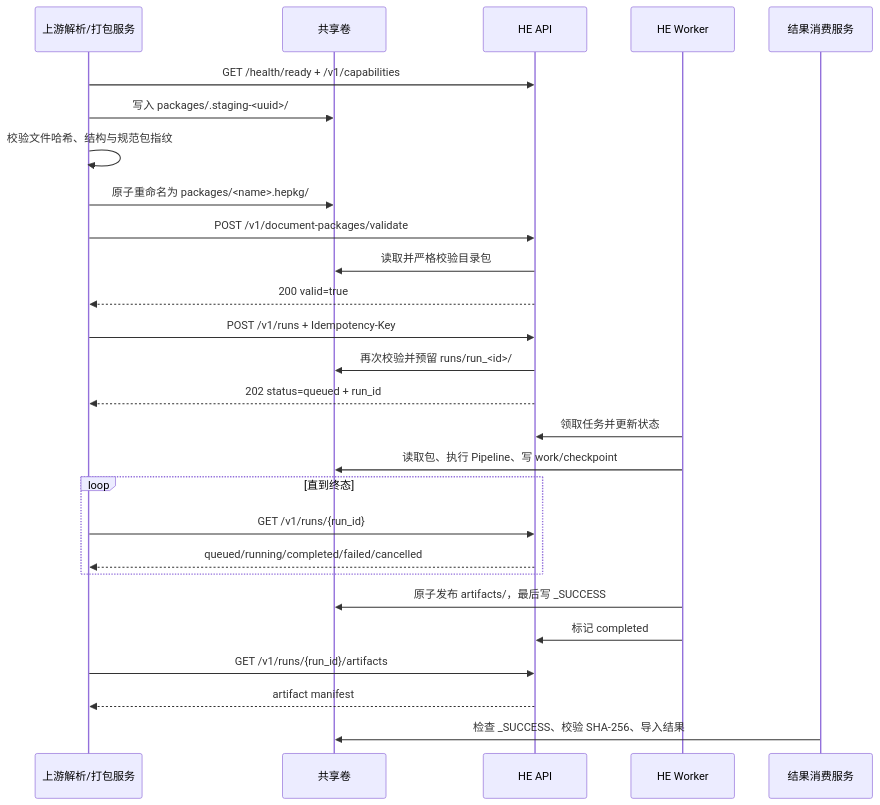
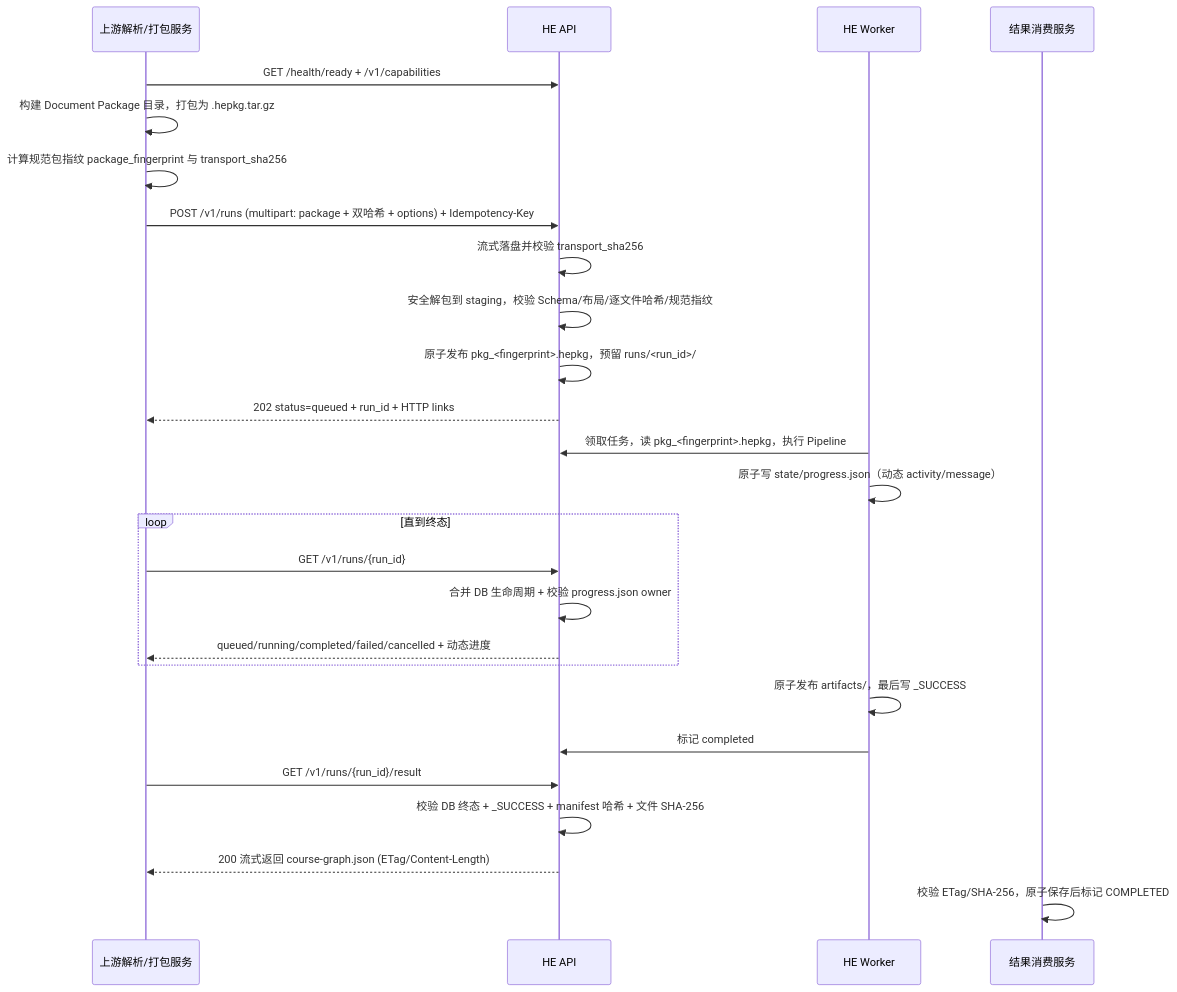
Before and after one commit to jinweijian/Hyper-Extract: the first of 2 diagrams in docs/zh/guides/internal-service.md, drawn with Mermaid. The commit also changed other lines of this file and 43 other files, not shown here.

````diff
--- a/docs/zh/guides/internal-service.md
+++ b/docs/zh/guides/internal-service.md
@@ -54,30 +59,29 @@
 ```mermaid
 sequenceDiagram
     participant P as 上游解析/打包服务
-    participant V as 共享卷
     participant A as HE API
     participant W as HE Worker
     participant C as 结果消费服务
 
     P->>A: GET /health/ready + /v1/capabilities
-    P->>V: 写入 packages/.staging-<uuid>/
-    P->>P: 校验文件哈希、结构与规范包指纹
-    P->>V: 原子重命名为 packages/<name>.hepkg/
-    P->>A: POST /v1/document-packages/validate
-    A->>V: 读取并严格校验目录包
-    A-->>P: 200 valid=true
-    P->>A: POST /v1/runs + Idempotency-Key
-    A->>V: 再次校验并预留 runs/run_<id>/
-    A-->>P: 202 status=queued + run_id
-    W->>A: 领取任务并更新状态
-    W->>V: 读取包、执行 Pipeline、写 work/checkpoint
+    P->>P: 构建 Document Package 目录，打包为 .hepkg.tar.gz
+    P->>P: 计算规范包指纹 package_fingerprint 与 transport_sha256
+    P->>A: POST /v1/runs (multipart: package + 双哈希 + options) + Idempotency-Key
+    A->>A: 流式落盘并校验 transport_sha256
+    A->>A: 安全解包到 staging，校验 Schema/布局/逐文件哈希/规范指纹
+    A->>A: 原子发布 pkg_<fingerprint>.hepkg，预留 runs/<run_id>/
+    A-->>P: 202 status=queued + run_id + HTTP links
+    W->>A: 领取任务，读 pkg_<fingerprint>.hepkg，执行 Pipeline
+    W->>W: 原子写 state/progress.json（动态 activity/message）
     loop 直到终态
         P->>A: GET /v1/runs/{run_id}
-        A-->>P: queued/running/completed/failed/cancelled
+        A->>A: 合并 DB 生命周期 + 校验 progress.json owner
+        A-->>P: queued/running/completed/failed/cancelled + 动态进度
     end
-    W->>V: 原子发布 artifacts/，最后写 _SUCCESS
+    W->>W: 原子发布 artifacts/，最后写 _SUCCESS
     W->>A: 标记 completed
-    P->>A: GET /v1/runs/{run_id}/artifacts
-    A-->>P: artifact manifest
-    C->>V: 检查 _SUCCESS、校验 SHA-256、导入结果
+    P->>A: GET /v1/runs/{run_id}/result
+    A->>A: 校验 DB 终态 + _SUCCESS + manifest 哈希 + 文件 SHA-256
+    A-->>P: 200 流式返回 course-graph.json (ETag/Content-Length)
+    C->>C: 校验 ETag/SHA-256，原子保存后标记 COMPLETED
 ```
````
